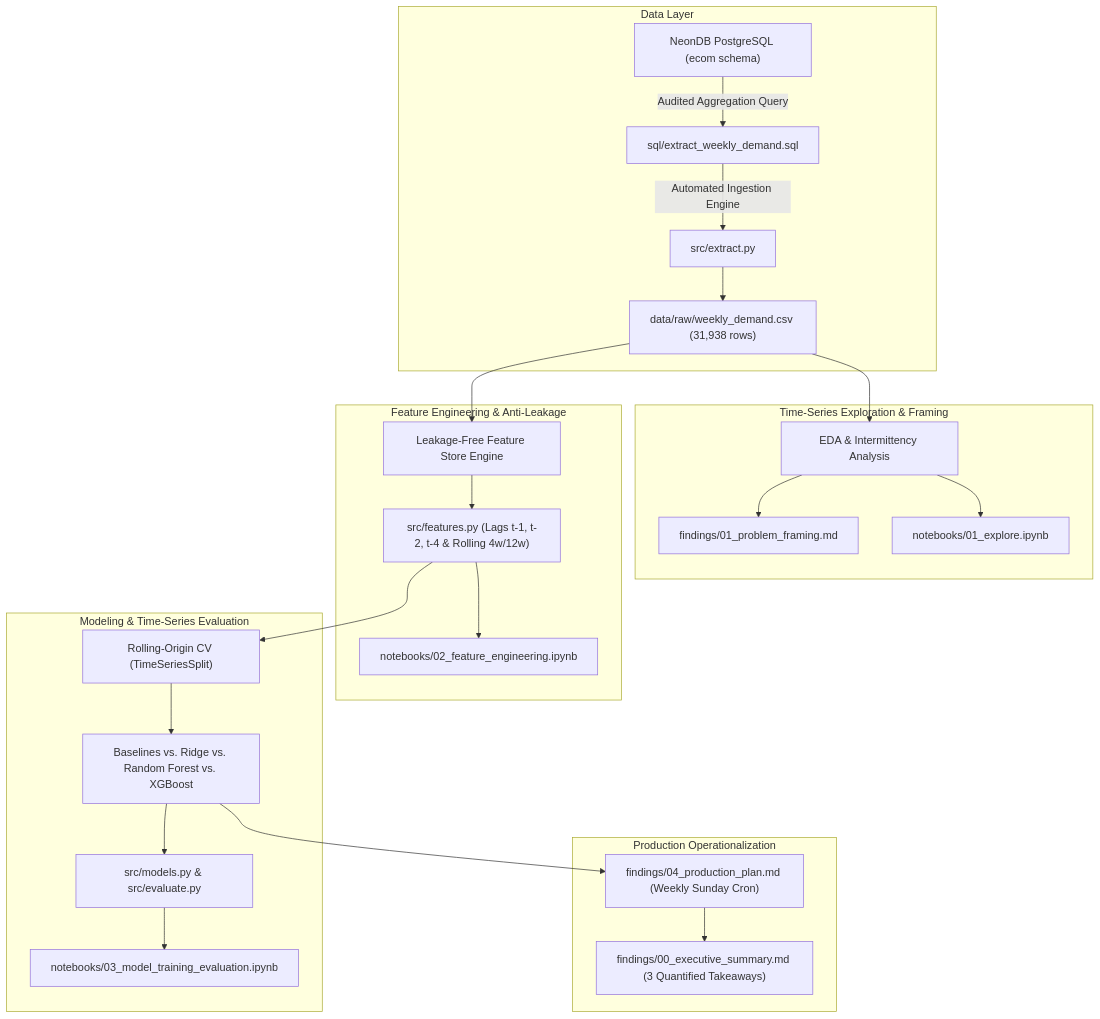
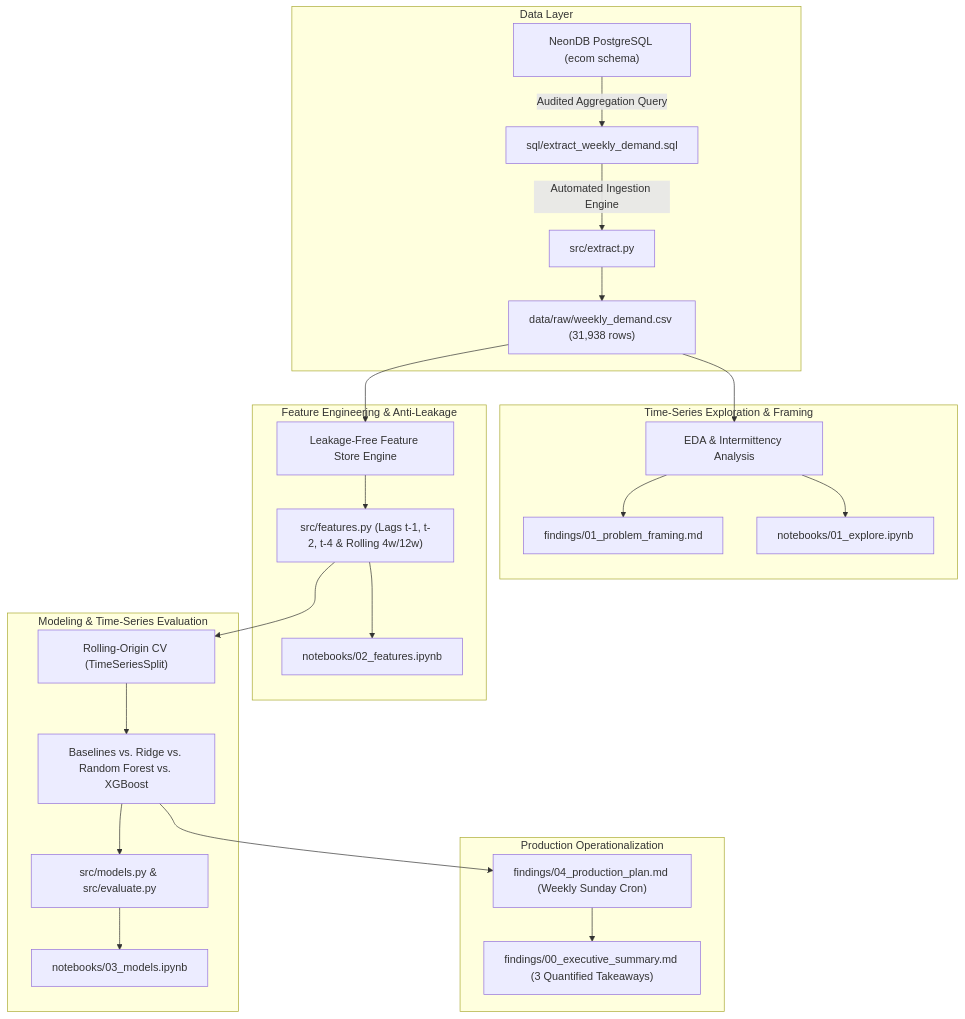
The diagram in README.md (sidharthmenon626-lab/demand-forecasting-ml), drawn with Mermaid before and after one commit. The commit also changed other lines of this file and 5 other files, not shown here.

````diff
--- a/README.md
+++ b/README.md
@@ -25,32 +25,32 @@
 ```mermaid
 flowchart TD
     subgraph Data Layer
         A["NeonDB PostgreSQL (ecom schema)"] -->|Audited Aggregation Query| B["sql/extract_weekly_demand.sql"]
         B -->|Automated Ingestion Engine| C["src/extract.py"]
         C --> D["data/raw/weekly_demand.csv (31,938 rows)"]
     end
 
     subgraph Time-Series Exploration & Framing
         D --> E["EDA & Intermittency Analysis"]
         E --> F["findings/01_problem_framing.md"]
         E --> G["notebooks/01_explore.ipynb"]
     end
 
     subgraph Feature Engineering & Anti-Leakage
         D --> H["Leakage-Free Feature Store Engine"]
         H --> I["src/features.py (Lags t-1, t-2, t-4 & Rolling 4w/12w)"]
-        I --> J["notebooks/02_feature_engineering.ipynb"]
+        I --> J["notebooks/02_features.ipynb"]
     end
 
     subgraph Modeling & Time-Series Evaluation
         I --> K["Rolling-Origin CV (TimeSeriesSplit)"]
         K --> L["Baselines vs. Ridge vs. Random Forest vs. XGBoost"]
         L --> M["src/models.py & src/evaluate.py"]
-        M --> N["notebooks/03_model_training_evaluation.ipynb"]
+        M --> N["notebooks/03_models.ipynb"]
     end
 
     subgraph Production Operationalization
         L --> O["findings/04_production_plan.md (Weekly Sunday Cron)"]
         O --> P["findings/00_executive_summary.md (3 Quantified Takeaways)"]
     end
 ```
````
